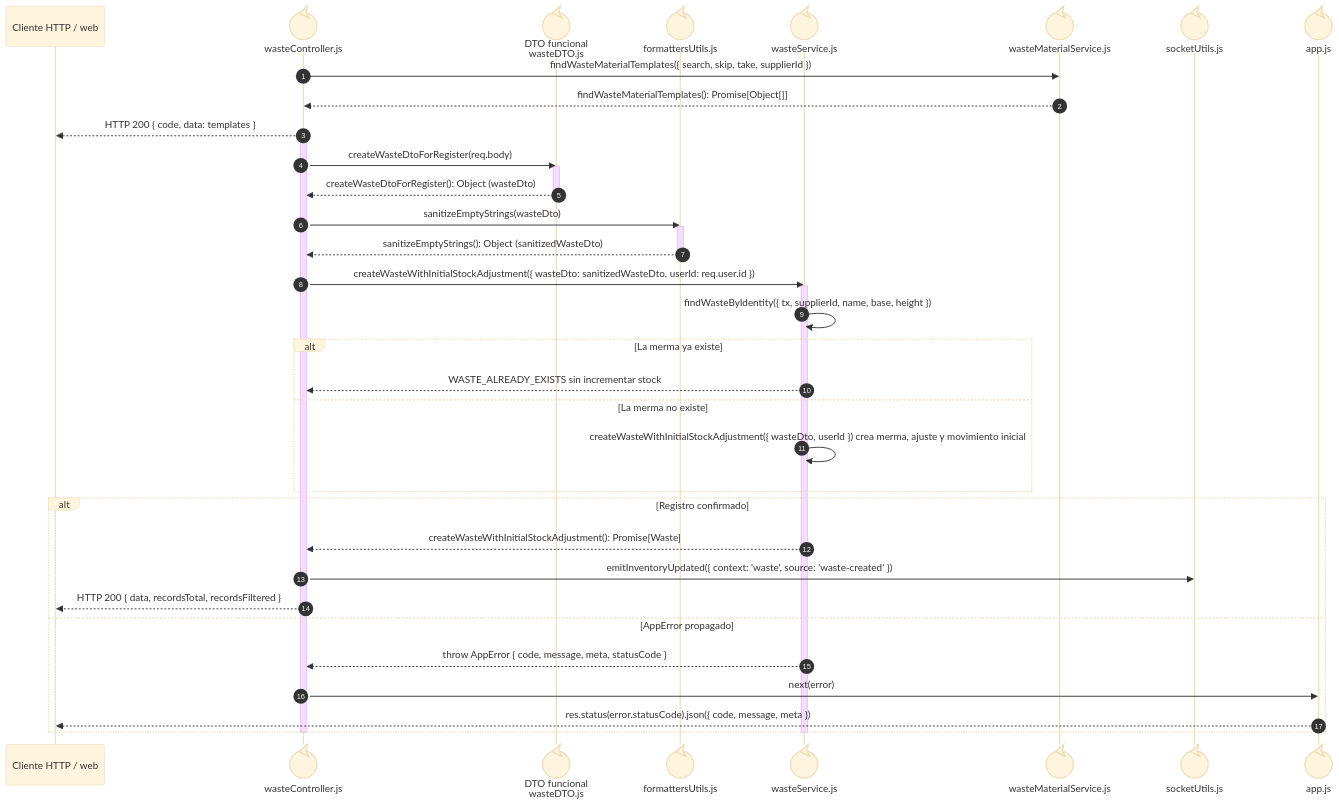
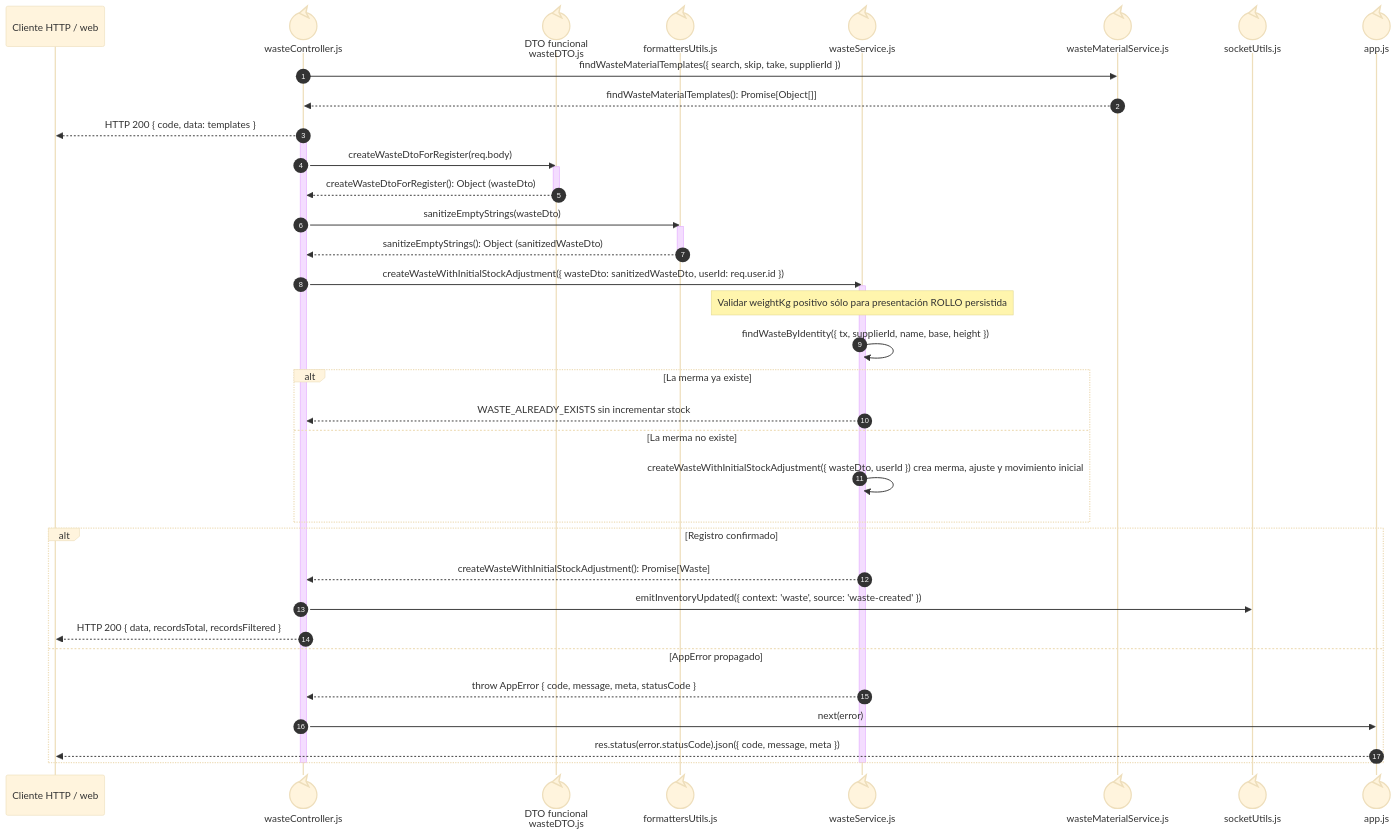
The second of 2 diagrams in docs/architecture/views/processes/backend-code-sequences/catalogs/cu-alm-10.md (gpgsistemas01/nexus), drawn with Mermaid (base theme) before and after one commit. The commit also changed 338 other files, not shown here.

````diff
--- a/docs/architecture/views/processes/backend-code-sequences/catalogs/cu-alm-10.md
+++ b/docs/architecture/views/processes/backend-code-sequences/catalogs/cu-alm-10.md
@@ -78,44 +78,45 @@
 ```mermaid
 sequenceDiagram
     autonumber
     participant Client as Cliente HTTP / web
     participant Controller@{ "type": "control" } as wasteController.js
     participant WasteDto@{ "type": "control" } as DTO funcional<br/>wasteDTO.js
     participant Formatter@{ "type": "control" } as formattersUtils.js
     participant Domain@{ "type": "control" } as wasteService.js
     participant Templates@{ "type": "control" } as wasteMaterialService.js
     participant Socket@{ "type": "control" } as socketUtils.js
     participant ErrorHandler@{ "type": "control" } as app.js
 
     Controller->>Templates: findWasteMaterialTemplates({ search, skip, take, supplierId })
     Templates-->>Controller: findWasteMaterialTemplates(): Promise[Object[]]
     Controller-->>Client: HTTP 200 { code, data: templates }
     activate Controller
     Controller->>WasteDto: createWasteDtoForRegister(req.body)
     activate WasteDto
     WasteDto-->>Controller: createWasteDtoForRegister(): Object (wasteDto)
     deactivate WasteDto
     Controller->>Formatter: sanitizeEmptyStrings(wasteDto)
     activate Formatter
     Formatter-->>Controller: sanitizeEmptyStrings(): Object (sanitizedWasteDto)
     deactivate Formatter
     Controller->>Domain: createWasteWithInitialStockAdjustment({ wasteDto: sanitizedWasteDto, userId: req.user.id })
     activate Domain
+    Note over Domain: Validar weightKg positivo sólo para presentación ROLLO persistida
     Domain->>Domain: findWasteByIdentity({ tx, supplierId, name, base, height })
     alt La merma ya existe
         Domain-->>Controller: WASTE_ALREADY_EXISTS sin incrementar stock
     else La merma no existe
         Domain->>Domain: createWasteWithInitialStockAdjustment({ wasteDto, userId }) crea merma, ajuste y movimiento inicial
     end
     alt Registro confirmado
         Domain-->>Controller: createWasteWithInitialStockAdjustment(): Promise[Waste]
         Controller->>Socket: emitInventoryUpdated({ context: 'waste', source: 'waste-created' })
         Controller-->>Client: HTTP 200 { data, recordsTotal, recordsFiltered }
     else AppError propagado
         Domain-->>Controller: throw AppError { code, message, meta, statusCode }
         Controller->>ErrorHandler: next(error)
         ErrorHandler-->>Client: res.status(error.statusCode).json({ code, message, meta })
     end
     deactivate Domain
     deactivate Controller
 ```
````
